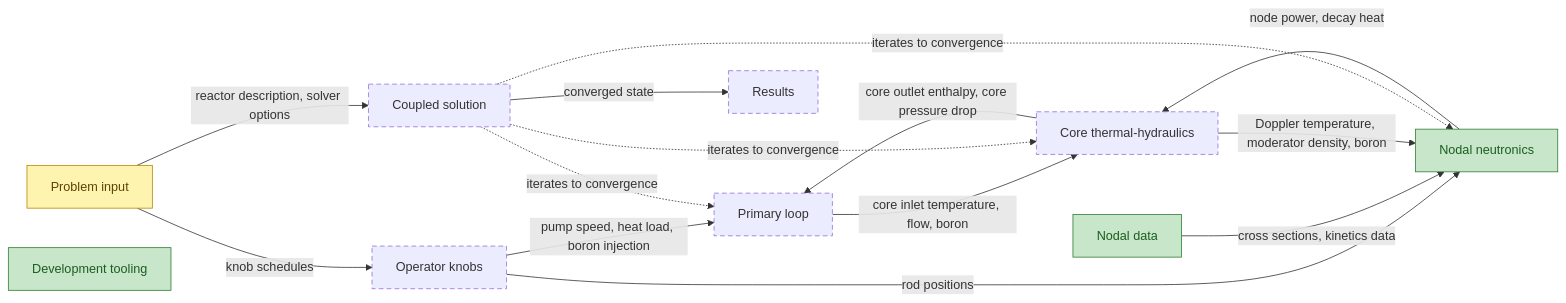
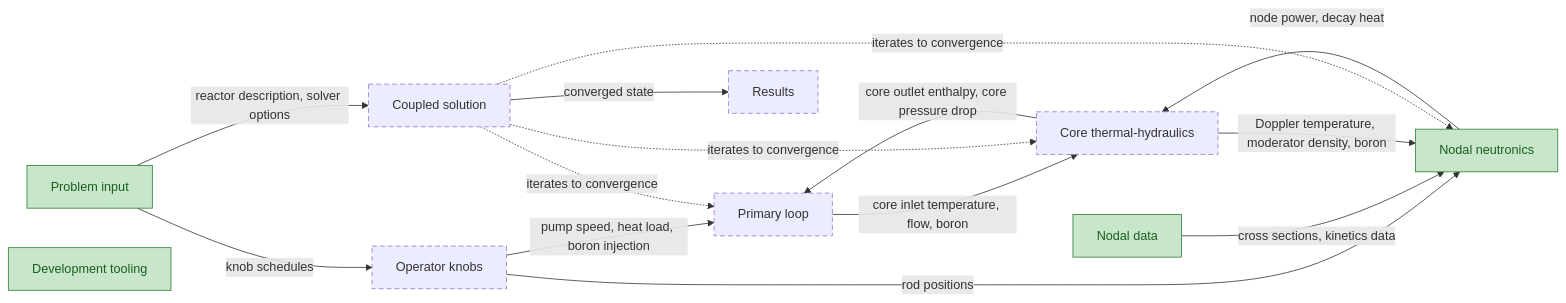
One commit to aurja130/URUS changed the first of 15 diagrams in Planning/DBC/CONCEPTS.md. Above: the diagram before and after it, drawn with Mermaid. The commit also changed other lines of this file and 25 other files, not shown here.

First line of the commit message:
Deliver 1.3a: input documents (problem input format version 2)

````diff
--- a/Planning/DBC/CONCEPTS.md
+++ b/Planning/DBC/CONCEPTS.md
@@ -20,25 +20,23 @@
 ```mermaid
 flowchart LR
 classDef implemented fill:#c8e6c9,stroke:#2e7d32,color:#1b5e20
 classDef partial fill:#fff3b0,stroke:#b58900,color:#5c4400
 classDef planned stroke-dasharray:6 4
 classDef external fill:#eeeeee,stroke:#9e9e9e,stroke-dasharray:1 3,color:#616161
 ProblemInput["Problem input"] -->|knob schedules| Knobs["Operator knobs"]
 ProblemInput -->|reactor description, solver options| Coupling["Coupled solution"]
 Knobs -->|pump speed, heat load, boron injection| PrimaryLoop["Primary loop"]
 Knobs -->|rod positions| Neutronics["Nodal neutronics"]
 NodalLibrary["Nodal data"] -->|cross sections, kinetics data| Neutronics
 PrimaryLoop -->|core inlet temperature, flow, boron| CoreThermalHydraulics["Core thermal-hydraulics"]
 CoreThermalHydraulics -->|core outlet enthalpy, core pressure drop| PrimaryLoop
 Neutronics -->|node power, decay heat| CoreThermalHydraulics
 CoreThermalHydraulics -->|Doppler temperature, moderator density, boron| Neutronics
 Coupling -.->|iterates to convergence| Neutronics
 Coupling -.->|iterates to convergence| CoreThermalHydraulics
 Coupling -.->|iterates to convergence| PrimaryLoop
 Coupling -->|converged state| Results["Results"]
 Tooling["Development tooling"]
 class Knobs,CoreThermalHydraulics,PrimaryLoop,Coupling,Results planned
-class Neutronics,NodalLibrary implemented
-class ProblemInput partial
-class Tooling implemented
+class Neutronics,NodalLibrary,ProblemInput,Tooling implemented
 ```
````
